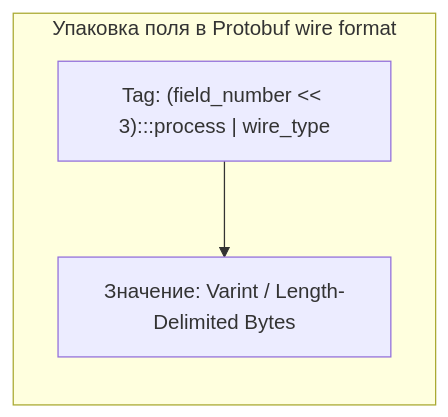
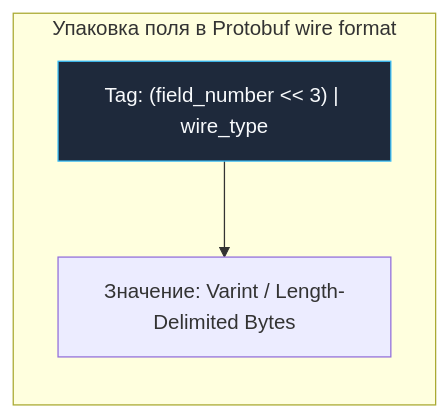
Before and after one commit to UnrealTemplier/go-textbook-ru: the first of 3 diagrams in sources/3. Компьютерные сети и сетевой стек/26. gRPC, Protocol Buffers и сетевые особенности RPC.md, drawn with Mermaid. The commit also changed 40 other files, not shown here.

First line of the commit message:
fix(mermaid): move :::class out of 48 quoted node labels

````diff
--- a/sources/3. Компьютерные сети и сетевой стек/26. gRPC, Protocol Buffers и сетевые особенности RPC.md
+++ b/sources/3. Компьютерные сети и сетевой стек/26. gRPC, Protocol Buffers и сетевые особенности RPC.md
@@ -53,16 +53,16 @@
 ```mermaid
 flowchart LR
     classDef process  fill:#1e293b,stroke:#38bdf8,stroke-width:1px,color:#f8fafc
     classDef success  fill:#064e3b,stroke:#34d399,stroke-width:1px,color:#f8fafc
     classDef error    fill:#7f1d1d,stroke:#f87171,stroke-width:1px,color:#f8fafc
     classDef warning  fill:#78350f,stroke:#fbbf24,stroke-width:1px,color:#f8fafc
     classDef entry    fill:#1e3a5f,stroke:#38bdf8,stroke-width:2px,color:#f8fafc
     classDef aux      fill:#334155,stroke:#64748b,stroke-width:1px,color:#f8fafc
     classDef system   fill:#312e81,stroke:#a78bfa,stroke-width:1px,color:#f8fafc
     classDef data     fill:#132d29,stroke:#2dd4bf,stroke-width:1px,color:#f8fafc
     classDef network  fill:#881337,stroke:#fb7185,stroke-width:1px,color:#f8fafc
     classDef accent   fill:#1e1b4b,stroke:#818cf8,stroke-width:1px,color:#f8fafc
     subgraph ProtobufBinary ["Упаковка поля в Protobuf wire format"]
-        Tag["Tag: (field_number << 3):::process | wire_type"] --> Val["Значение: Varint / Length-Delimited Bytes"]
+        Tag["Tag: (field_number << 3) | wire_type"]:::process --> Val["Значение: Varint / Length-Delimited Bytes"]
     end
 ```
````
